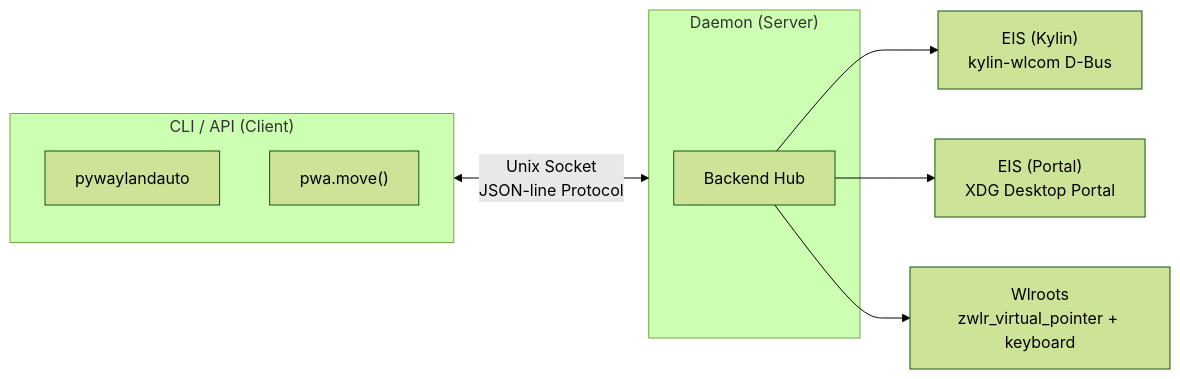
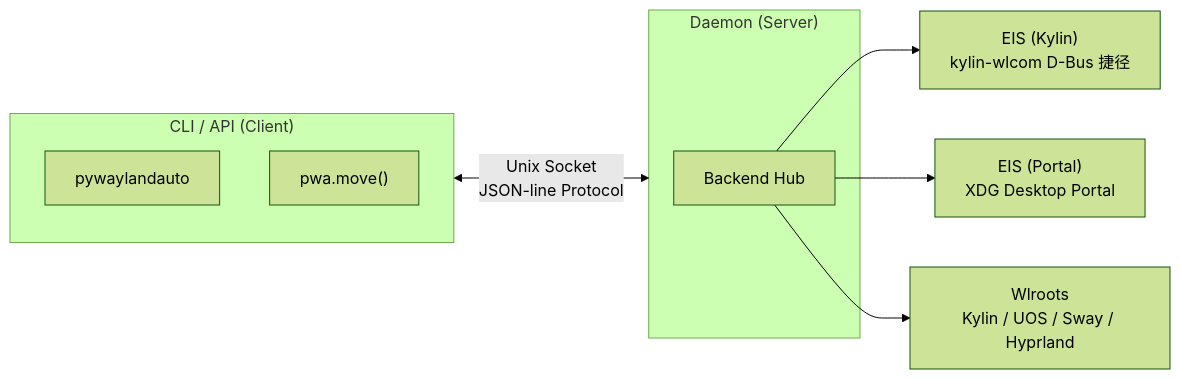
Before and after one commit to mikigo/pywaylandauto: the diagram in README.md, drawn with Mermaid (forest theme). The commit also changed other lines of this file, not shown here.

````diff
--- a/README.md
+++ b/README.md
@@ -55,17 +63,17 @@
 ```mermaid
 flowchart LR
     subgraph Client["CLI / API (Client)"]
         CLI["pywaylandauto"]
         PY["pwa.move()"]
     end
 
     Client <-->|"Unix Socket<br>JSON-line Protocol"| Daemon
 
     subgraph Daemon["Daemon (Server)"]
         HUB["Backend Hub"]
     end
 
-    HUB --> EIS_K["EIS (Kylin)<br>kylin-wlcom D-Bus"]
+    HUB --> EIS_K["EIS (Kylin)<br>kylin-wlcom D-Bus 捷径"]
     HUB --> EIS_P["EIS (Portal)<br>XDG Desktop Portal"]
-    HUB --> WLR["Wlroots<br>zwlr_virtual_pointer + keyboard"]
+    HUB --> WLR["Wlroots<br>Kylin / UOS / Sway / Hyprland"]
 ```
````
